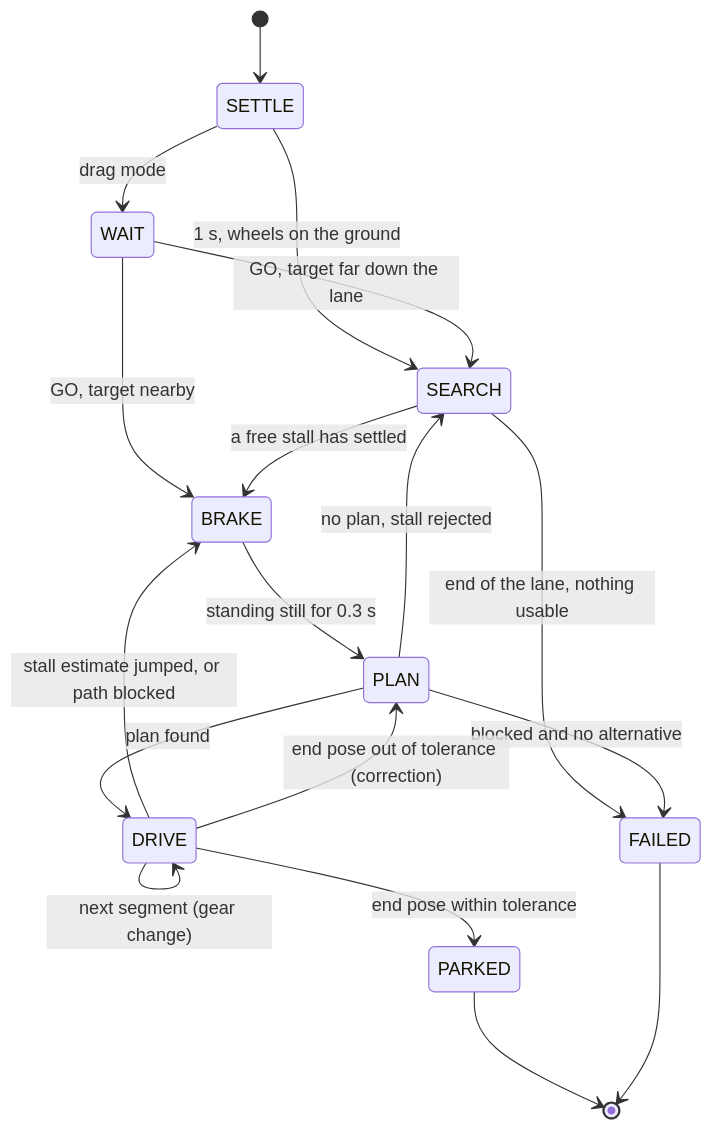
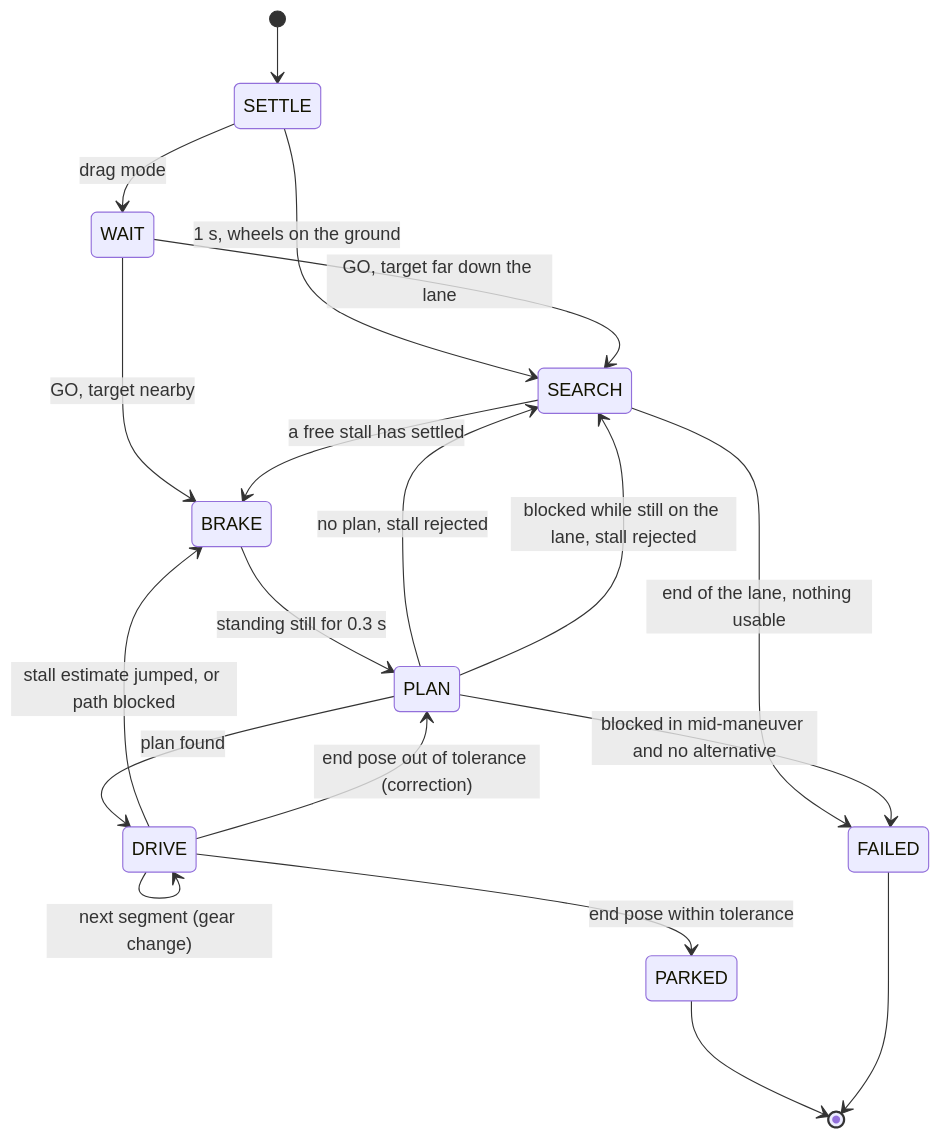
One commit to ksha23/chrono-parking changed the second of 2 diagrams in docs/architecture.md. Above: the diagram before and after it, drawn with Mermaid. The commit also changed other lines of this file and 8 other files, not shown here.

First line of the commit message:
Stalls from one line, a car that is content when it is parked, and the next stall when one is blocked

````diff
--- a/docs/architecture.md
+++ b/docs/architecture.md
@@ -86,20 +86,21 @@
 ```mermaid
 stateDiagram-v2
     [*] --> SETTLE
     SETTLE --> SEARCH: 1 s, wheels on the ground
     SETTLE --> WAIT: drag mode
     WAIT --> SEARCH: GO, target far down the lane
     WAIT --> BRAKE: GO, target nearby
     SEARCH --> BRAKE: a free stall has settled
     SEARCH --> FAILED: end of the lane, nothing usable
     BRAKE --> PLAN: standing still for 0.3 s
     PLAN --> DRIVE: plan found
     PLAN --> SEARCH: no plan, stall rejected
-    PLAN --> FAILED: blocked and no alternative
+    PLAN --> SEARCH: blocked while still on the lane, stall rejected
+    PLAN --> FAILED: blocked in mid-maneuver and no alternative
     DRIVE --> DRIVE: next segment (gear change)
     DRIVE --> BRAKE: stall estimate jumped, or path blocked
     DRIVE --> PLAN: end pose out of tolerance (correction)
     DRIVE --> PARKED: end pose within tolerance
     PARKED --> [*]
     FAILED --> [*]
 ```
````
